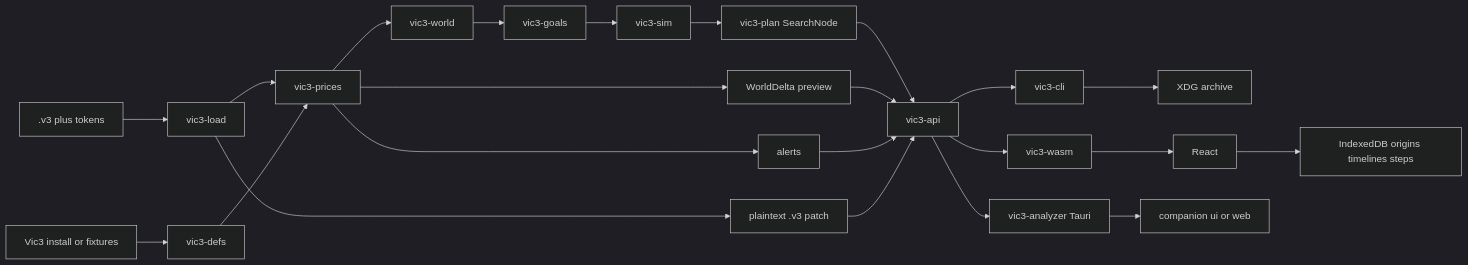
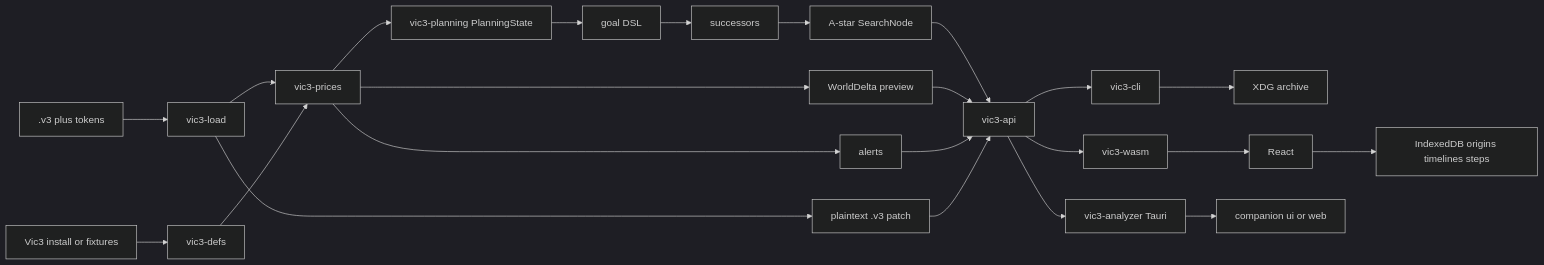
The diagram in docs/architecture.md (jmalicki/vic3-analyzer), drawn with Mermaid (dark theme) before and after one commit. The commit also changed other lines of this file and 28 other files, not shown here.

First line of the commit message:
Merge world/goals/sim/plan into vic3-planning.

````diff
--- a/docs/architecture.md
+++ b/docs/architecture.md
@@ -38,25 +35,25 @@
 ```mermaid
 flowchart LR
   save[".v3 plus tokens"] --> load[vic3-load]
   game[Vic3 install or fixtures] --> defs[vic3-defs]
   load --> prices[vic3-prices]
   defs --> prices
   prices --> alerts[alerts]
   prices --> preview[WorldDelta preview]
-  prices --> world[vic3-world]
-  world --> goals[vic3-goals]
-  goals --> sim[vic3-sim]
-  sim --> plan[vic3-plan SearchNode]
+  prices --> world[vic3-planning PlanningState]
+  world --> goals[goal DSL]
+  goals --> sim[successors]
+  sim --> plan[A-star SearchNode]
   plan --> api[vic3-api]
   preview --> api
   alerts --> api
   load --> export[plaintext .v3 patch]
   export --> api
   api --> cli[vic3-cli]
   api --> wasm[vic3-wasm]
   api --> desktop[vic3-analyzer Tauri]
   cli --> xdg[XDG archive]
   wasm --> ui[React]
   desktop --> uiShell[companion ui or web]
   ui --> idb[IndexedDB origins timelines steps]
 ```
````
